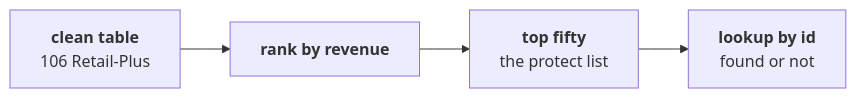
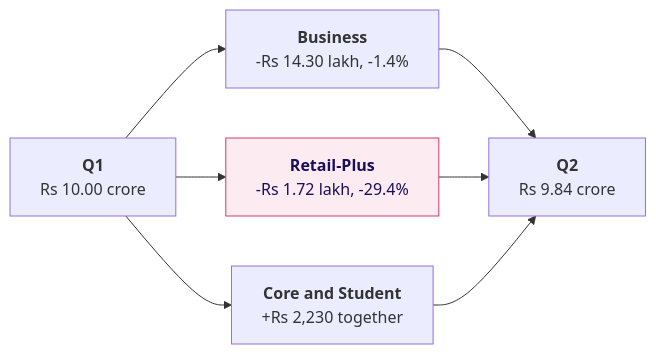
Diagram 15 of 26 in content/W02/D5/slides/C2_W02_D05_half1_STUDENT.md (fde-academy-lab/c2-content-factory), drawn with Mermaid before and after one commit. The commit also changed other lines of this file and 5 other files, not shown here.

````diff
--- a/content/W02/D5/slides/C2_W02_D05_half1_STUDENT.md
+++ b/content/W02/D5/slides/C2_W02_D05_half1_STUDENT.md
@@ -415,5 +745,11 @@
 ```mermaid
 flowchart LR
-    T["<b>clean table</b><br/>106 Retail-Plus"] --> R["<b>rank by revenue</b>"] --> L["<b>top fifty</b><br/>the protect list"]
-    L --> K["<b>lookup by id</b><br/>found or not"]
+    Q1["<b>Q1</b><br/>Rs 10.00 crore"] --> B["<b>Business</b><br/>-Rs 14.30 lakh, -1.4%"]
+    Q1 --> P["<b>Retail-Plus</b><br/>-Rs 1.72 lakh, -29.4%"]
+    Q1 --> O["<b>Core and Student</b><br/>+Rs 2,230 together"]
+    B --> Q2["<b>Q2</b><br/>Rs 9.84 crore"]
+    P --> Q2
+    O --> Q2
+    classDef bad fill:#FCEBF0,stroke:#D63A6A,color:#1A0F5C
+    class P bad
 ```
````
